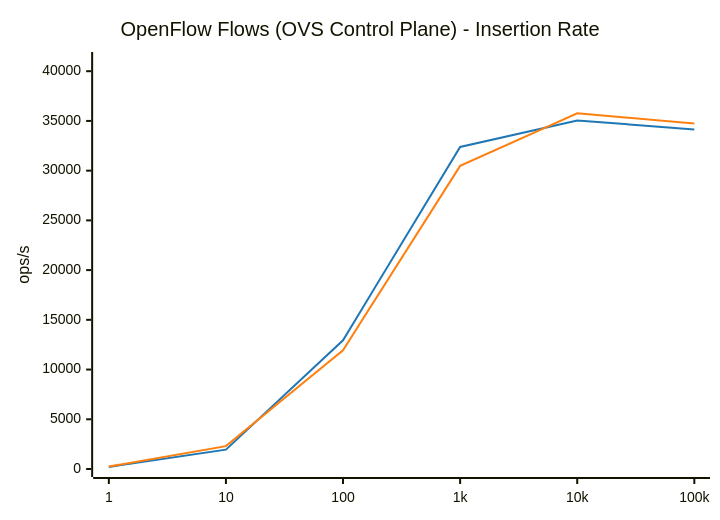
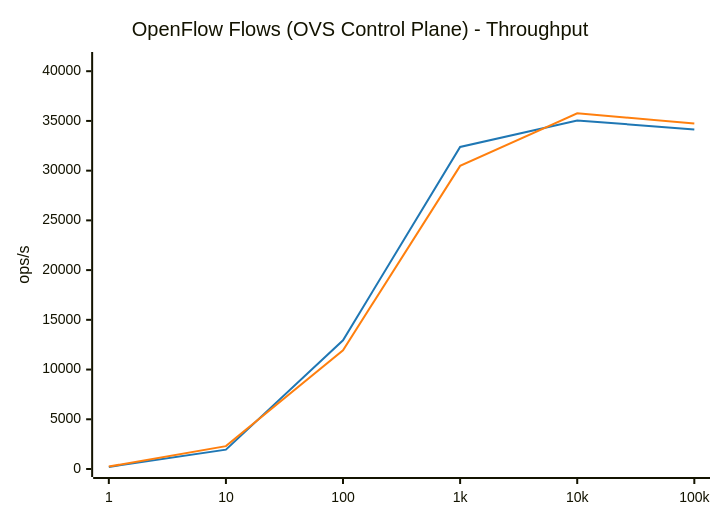
Before and after one commit to LionelJouin/ovs-ovn-bench: diagram 11 of 16 in results/BENCHMARK_REPORT.md, drawn with Mermaid. The commit also changed other lines of this file and 4 other files, not shown here.

````diff
--- a/results/BENCHMARK_REPORT.md
+++ b/results/BENCHMARK_REPORT.md
@@ -732,14 +732,14 @@
 ```mermaid
 ---
 config:
     themeVariables:
         xyChart:
             plotColorPalette: "#1f77b4, #ff7f0e"
 ---
 xychart-beta
-    title "OpenFlow Flows (OVS Control Plane) - Insertion Rate"
+    title "OpenFlow Flows (OVS Control Plane) - Throughput"
     x-axis ["1", "10", "100", "1k", "10k", "100k"]
     y-axis "ops/s" 0 --> 41127
     line "glibc malloc" [205.1, 1943.3, 12946.7, 32387.6, 35049.7, 34141.3]
     line "jemalloc" [243.7, 2299.4, 11944.6, 30479.4, 35761.8, 34737.3]
 ```
````
